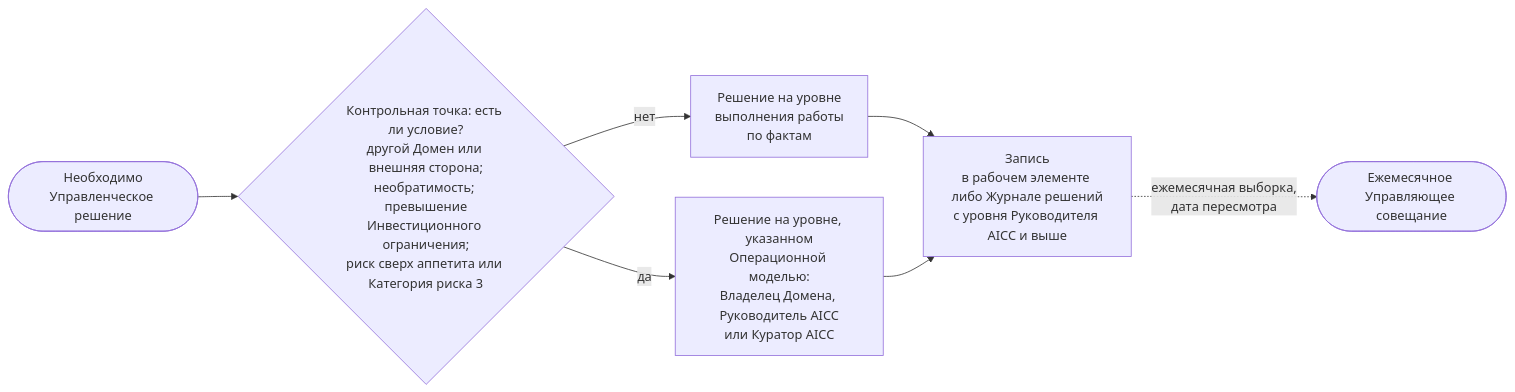
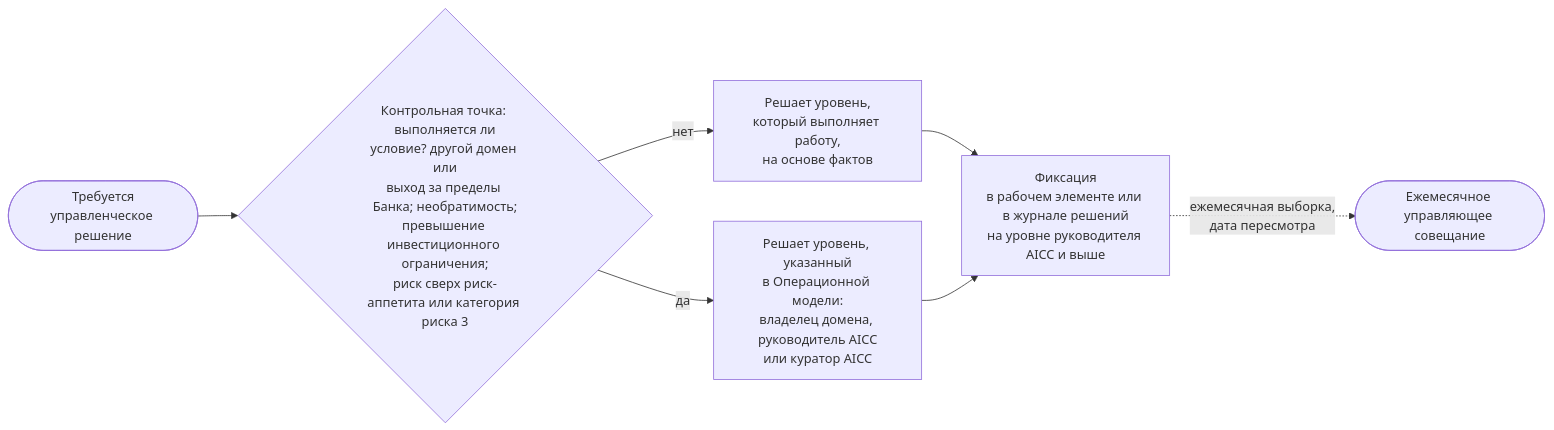
The diagram in portal/content/ru/governance/decisions-and-escalation.md (devhogu/ob-aicc), drawn with Mermaid before and after one commit. The commit also changed other lines of this file and 18 other files, not shown here.

````diff
--- a/portal/content/ru/governance/decisions-and-escalation.md
+++ b/portal/content/ru/governance/decisions-and-escalation.md
@@ -24,9 +24,9 @@
 ```mermaid
 flowchart LR
-  D(["Необходимо<br/>Управленческое решение"]) --> Q{"Контрольная точка: есть ли условие?<br/>другой Домен или внешняя сторона;<br/>необратимость; превышение<br/>Инвестиционного ограничения;<br/>риск сверх аппетита или Категория риска 3"}
-  Q -->|"нет"| L["Решение на уровне<br/>выполнения работы<br/>по фактам"]
-  Q -->|"да"| U["Решение на уровне, указанном<br/>Операционной моделью:<br/>Владелец Домена, Руководитель AICC<br/>или Куратор AICC"]
-  L --> R["Запись<br/>в рабочем элементе либо Журнале решений<br/>с уровня Руководителя AICC и выше"]
+  D(["Требуется<br/>управленческое решение"]) --> Q{"Контрольная точка: выполняется ли<br/>условие? другой домен или<br/>выход за пределы Банка; необратимость;<br/>превышение инвестиционного ограничения;<br/>риск сверх риск-аппетита или категория риска 3"}
+  Q -->|"нет"| L["Решает уровень,<br/>который выполняет работу,<br/>на основе фактов"]
+  Q -->|"да"| U["Решает уровень, указанный<br/>в Операционной модели:<br/>владелец домена, руководитель AICC<br/>или куратор AICC"]
+  L --> R["Фиксация<br/>в рабочем элементе или в журнале решений<br/>на уровне руководителя AICC и выше"]
   U --> R
-  R -.->|"ежемесячная выборка,<br/>дата пересмотра"| S(["Ежемесячное Управляющее совещание"])
+  R -.->|"ежемесячная выборка,<br/>дата пересмотра"| S(["Ежемесячное управляющее совещание"])
 ```
````
